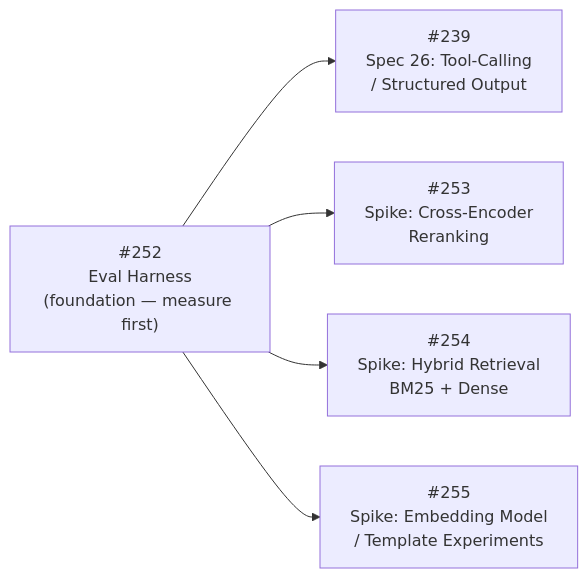
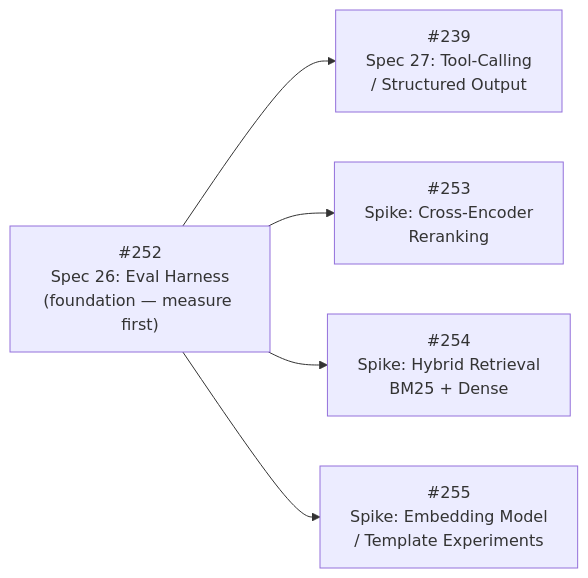
Before and after one commit to PCritchfield/ai-movie-suggester: the fifth of 5 diagrams in ARCHITECTURE.md, drawn with Mermaid. The commit also changed other lines of this file and 412 other files, not shown here.

First line of the commit message:
feat(eval): retrieval eval harness — golden set + IR metrics + versioned gating (Spec 26, #252) (#258)

````diff
--- a/ARCHITECTURE.md
+++ b/ARCHITECTURE.md
@@ -262,13 +262,13 @@
 ```mermaid
 flowchart LR
-    I252["#252<br/>Eval Harness<br/>(foundation — measure first)"]
-    I239["#239<br/>Spec 26: Tool-Calling<br/>/ Structured Output"]
+    I252["#252<br/>Spec 26: Eval Harness<br/>(foundation — measure first)"]
+    I239["#239<br/>Spec 27: Tool-Calling<br/>/ Structured Output"]
     I253["#253<br/>Spike: Cross-Encoder<br/>Reranking"]
     I254["#254<br/>Spike: Hybrid Retrieval<br/>BM25 + Dense"]
     I255["#255<br/>Spike: Embedding Model<br/>/ Template Experiments"]
 
     I252 --> I239
     I252 --> I253
     I252 --> I254
     I252 --> I255
 ```
````
